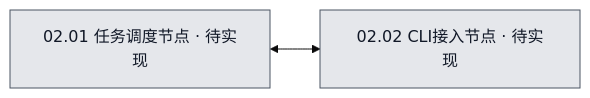
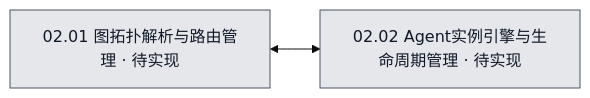
One commit to xax0826-source/agent-cli- changed the diagram in 流程图/02-Agent协作平台/02-Agent协作平台.mmd. Above: the diagram before and after it, drawn with Mermaid (base theme). The commit also changed 6 other files, not shown here.

First line of the commit message:
docs: update architecture design with infinite canvas concept

```diff
--- a/流程图/02-Agent协作平台/02-Agent协作平台.mmd
+++ b/流程图/02-Agent协作平台/02-Agent协作平台.mmd
@@ -1,9 +1,9 @@
 %% diagram-id: 02
 %% view: target
-%% node-doc: N02_01 = ./02.01-任务调度节点.md
-%% node-doc: N02_02 = ./02.02-CLI接入节点.md
+%% node-doc: N02_01 = ./02.01-图拓扑解析与路由管理.md
+%% node-doc: N02_02 = ./02.02-Agent实例引擎与生命周期管理.md
 flowchart LR
-    N02_01["02.01 任务调度节点 · 待实现"] <--> N02_02["02.02 CLI接入节点 · 待实现"]
+    N02_01["02.01 图拓扑解析与路由管理 · 待实现"] <--> N02_02["02.02 Agent实例引擎与生命周期管理 · 待实现"]
     classDef pending fill:#e5e7eb,stroke:#4b5563,color:#111827;
     class N02_01 pending;
     class N02_02 pending;
```
